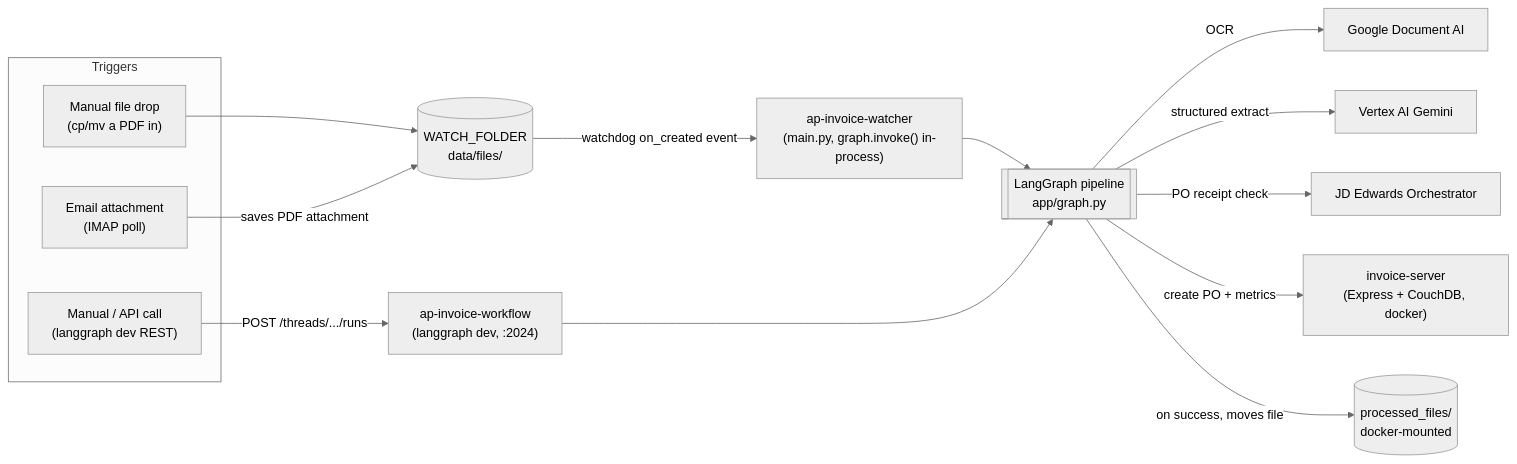
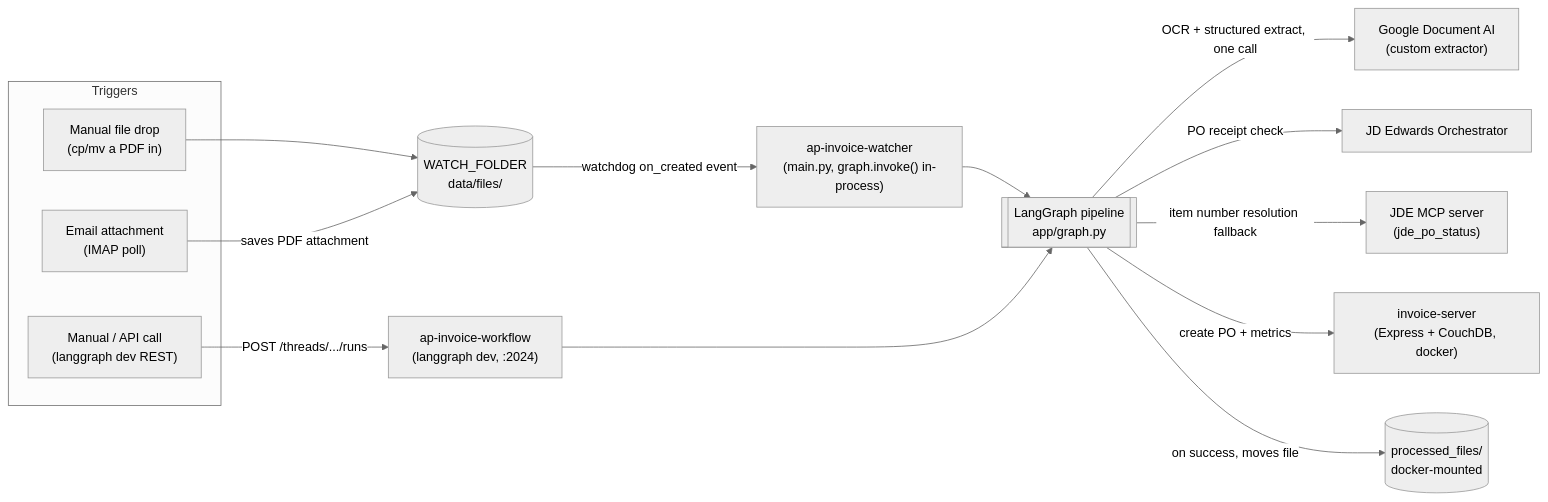
The first of 2 diagrams in README.md (ramnath269/ap-invoice-workflow), drawn with Mermaid (neutral theme) before and after one commit. The commit also changed other lines of this file and 13 other files, not shown here.

````diff
--- a/README.md
+++ b/README.md
@@ -25,24 +27,24 @@
 ```mermaid
 flowchart LR
     subgraph Triggers
         A1["Manual file drop\n(cp/mv a PDF in)"]
         A2["Email attachment\n(IMAP poll)"]
         A3["Manual / API call\n(langgraph dev REST)"]
     end
 
     A1 --> WF[("WATCH_FOLDER\ndata/files/")]
     A2 -->|saves PDF attachment| WF
 
     WF -->|watchdog on_created event| WATCHER["ap-invoice-watcher\n(main.py, graph.invoke() in-process)"]
     A3 -->|"POST /threads/.../runs"| API["ap-invoice-workflow\n(langgraph dev, :2024)"]
 
     WATCHER --> GRAPH[["LangGraph pipeline\napp/graph.py"]]
     API --> GRAPH
 
-    GRAPH -->|OCR| DOCAI["Google Document AI"]
-    GRAPH -->|structured extract| GEMINI["Vertex AI Gemini"]
+    GRAPH -->|OCR + structured extract, one call| DOCAI["Google Document AI\n(custom extractor)"]
     GRAPH -->|PO receipt check| JDE["JD Edwards Orchestrator"]
+    GRAPH -->|item number resolution fallback| MCP["JDE MCP server\n(jde_po_status)"]
     GRAPH -->|create PO + metrics| INV["invoice-server\n(Express + CouchDB, docker)"]
 
     GRAPH -->|on success, moves file| PF[("processed_files/\ndocker-mounted")]
 ```
````
